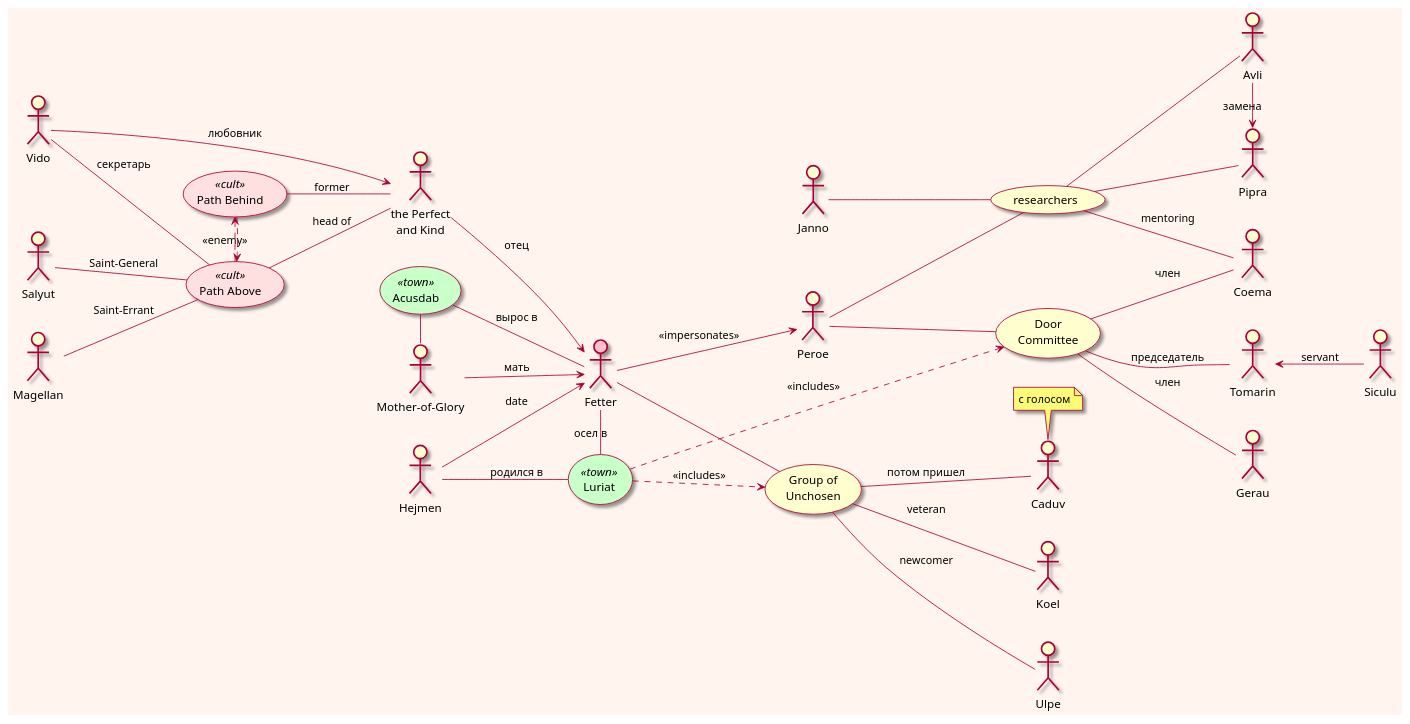
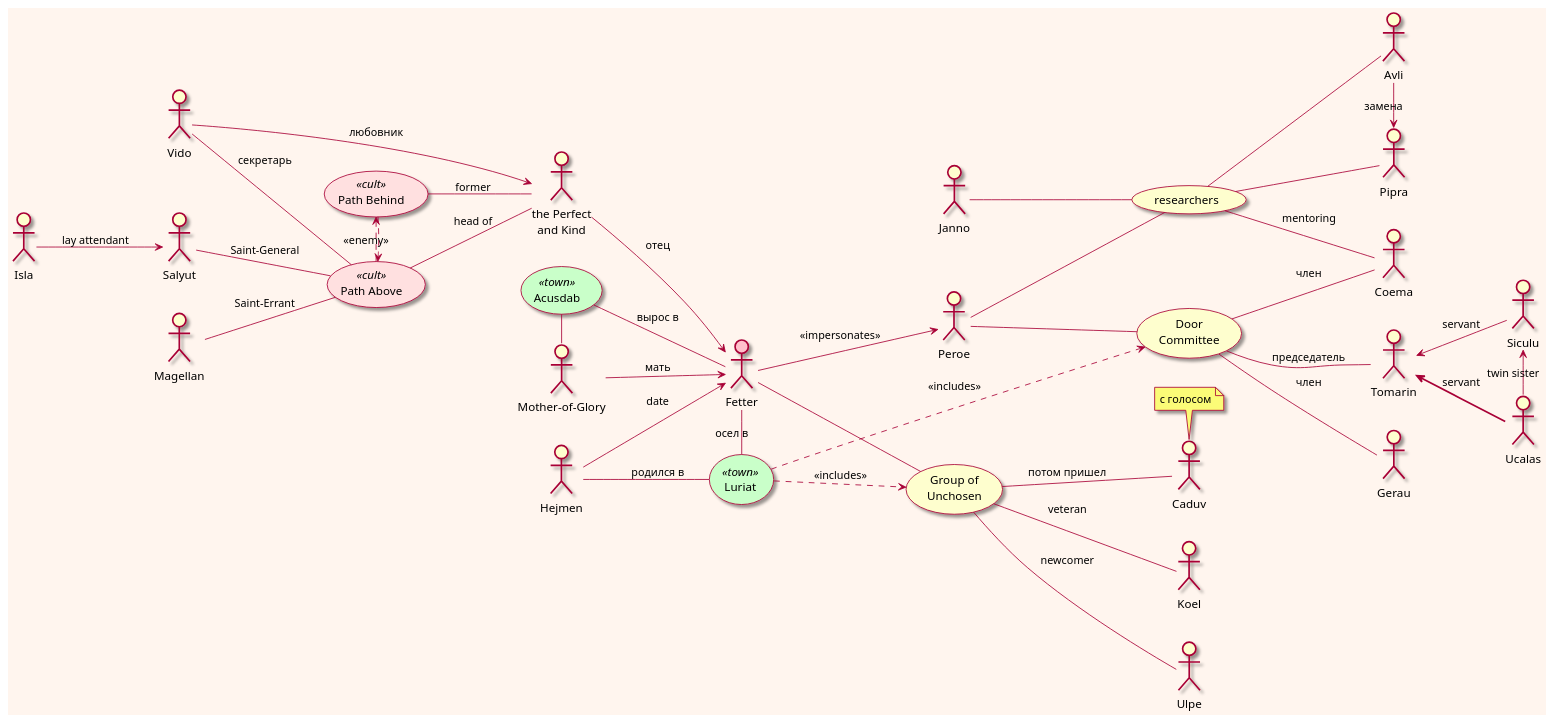
The diagram in The Saint of Bright Doors/The Saint of Bright Doors.puml (olek3/reading), drawn with PlantUML before and after one commit. The commit also changed 1 other file, not shown here.

```diff
--- a/The Saint of Bright Doors/The Saint of Bright Doors.puml
+++ b/The Saint of Bright Doors/The Saint of Bright Doors.puml
@@ -1,106 +1,115 @@
 @startuml
 
 'left to right direction
 skin rose
 skinparam backgroundcolor seashell
 skinparam wrapwidth 100
 left to right direction
 skinparam usecase<<town>>backgroundcolor technology
 skinparam usecase<<cult>>backgroundcolor implementation
 
 ' Chapter 1
 
 :Fetter: as fetter #pink
 
 :Mother-of-Glory: as mother
 
 :the Perfect and Kind: as father
 
 
 mother --> fetter : мать
 father --> fetter : отец
 
 (Acusdab) <<town>>
 
 (Acusdab) - mother
 (Acusdab) - fetter : вырос в
 
 ' Chapter 3
 :Hejmen: as hejmen
 
 hejmen --> fetter : date
 
 (Luriat) as luriat <<town>>
 
 hejmen -- luriat : родился в
 fetter - luriat : осел в
 
 (Group of Unchosen) as group
 
 fetter -- group
 
 luriat ..> group : <<includes>>
 
 :Koel:
 :Ulpe:
 
 group -- :Koel: : veteran
 group -- :Ulpe: : newcomer
 
 ' Chapter 4
 
 group -- :Caduv: : потом пришел
 
 note "с голосом"  as caduvNote
 caduvNote . :Caduv:
 
 ' Chapter 7
 
 (Path Above) as above <<cult>>
 (Path Behind) as behind <<cult>>
 above .> behind : <<enemy>>
 behind .> above
 
 above -- father : head of
 behind -- father : former
 
 Salyut -- above : Saint-General
 
 
 ' Chapter 8
 :Peroe:
 
 fetter --> :Peroe: : <<impersonates>>
 
 :Peroe: -- (Door Committee )
 
 
 (Door Committee ) -- :Tomarin: : председатель
 :Tomarin: <-- :Siculu: : servant
 
 luriat ...> (Door Committee ) : <<includes>>
 
 (Door Committee ) -- :Gerau: : член
 (Door Committee ) -- :Coema: : член
 
 (researchers) -- :Coema: : mentoring
 (researchers) -- :Pipra:
 
 :Peroe: -- (researchers)
 
 ' Chapter 9
 
 :Janno: -- (researchers)
 
 ' Chapter 12
 
 :Magellan: -- above : Saint-Errant
 :Vido: -- above : секретарь
 
 :Vido: --> father : любовник
 
 (researchers) -- :Avli:
 
 :Avli: -> :Pipra: : замена
 
+
+:Siculu: <- :Ucalas: : twin sister
+
+:Tomarin: <== :Ucalas: : servant
+
+ 'Chapter 28
+
+:Isla: --> :Salyut: : lay attendant
+
 @enduml
```
